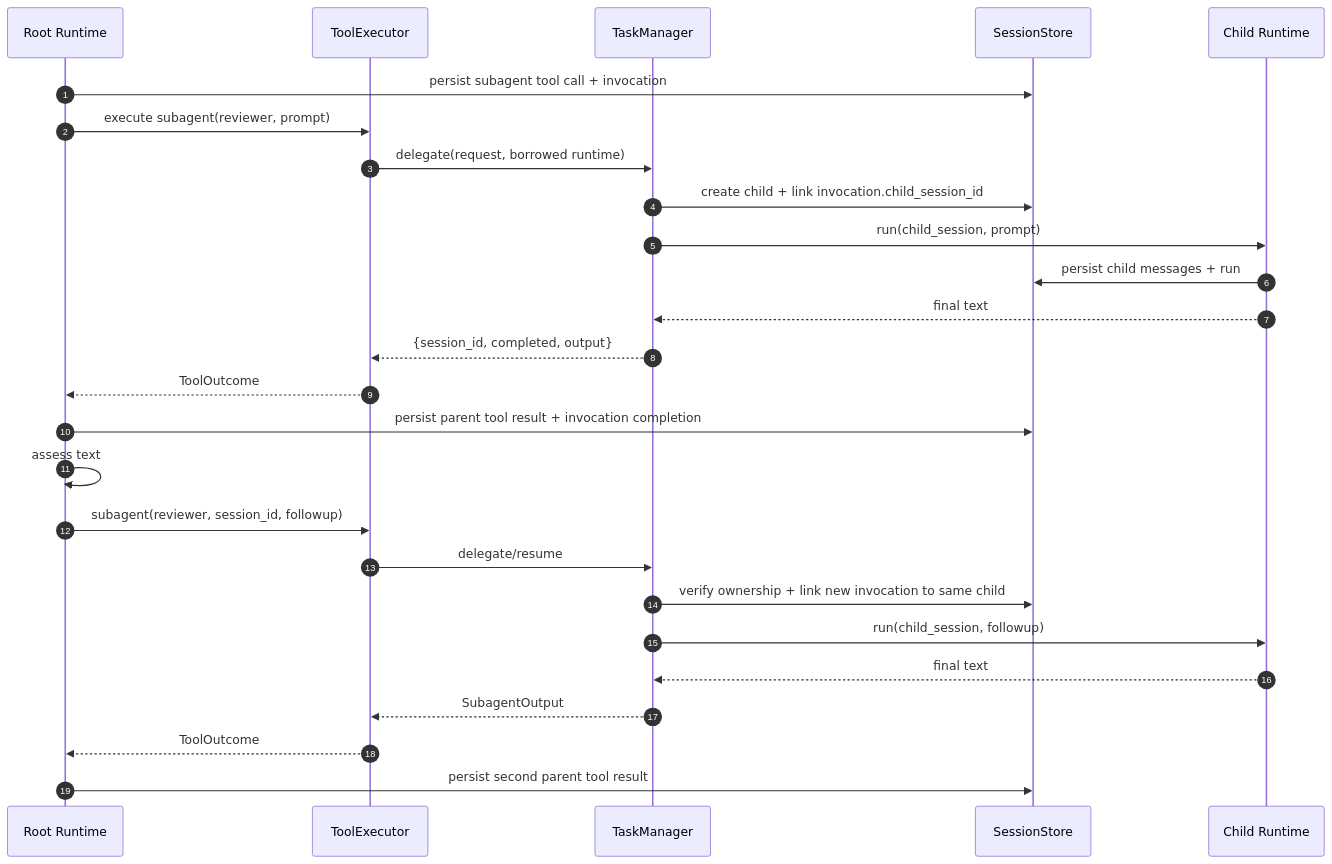
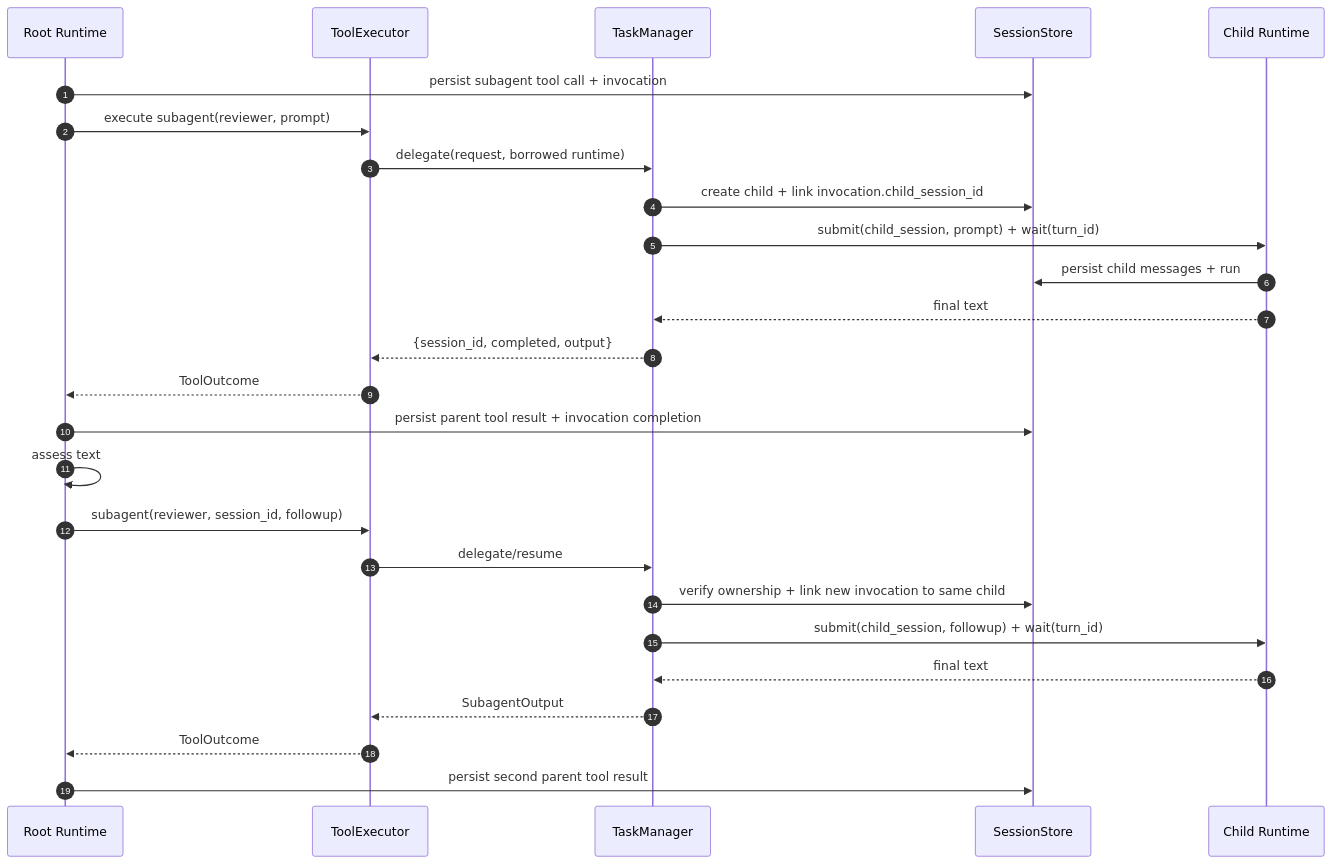
One commit to hailp-vn38/orchestrator_agent_rs changed the second of 4 diagrams in docs/11-flows.md. Above: the diagram before and after it, drawn with Mermaid. The commit also changed other lines of this file and 20 other files, not shown here.

````diff
--- a/docs/11-flows.md
+++ b/docs/11-flows.md
@@ -30,28 +31,28 @@
 ```mermaid
 sequenceDiagram
     autonumber
     participant R as Root Runtime
     participant T as ToolExecutor
     participant TM as TaskManager
     participant S as SessionStore
     participant C as Child Runtime
     R->>S: persist subagent tool call + invocation
     R->>T: execute subagent(reviewer, prompt)
     T->>TM: delegate(request, borrowed runtime)
     TM->>S: create child + link invocation.child_session_id
-    TM->>C: run(child_session, prompt)
+    TM->>C: submit(child_session, prompt) + wait(turn_id)
     C->>S: persist child messages + run
     C-->>TM: final text
     TM-->>T: {session_id, completed, output}
     T-->>R: ToolOutcome
     R->>S: persist parent tool result + invocation completion
     R->>R: assess text
     R->>T: subagent(reviewer, session_id, followup)
     T->>TM: delegate/resume
     TM->>S: verify ownership + link new invocation to same child
-    TM->>C: run(child_session, followup)
+    TM->>C: submit(child_session, followup) + wait(turn_id)
     C-->>TM: final text
     TM-->>T: SubagentOutput
     T-->>R: ToolOutcome
     R->>S: persist second parent tool result
 ```
````
